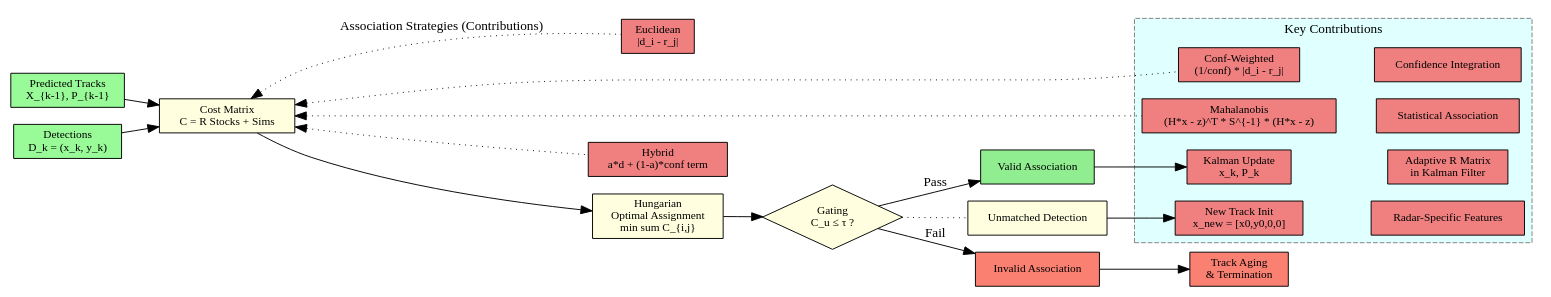
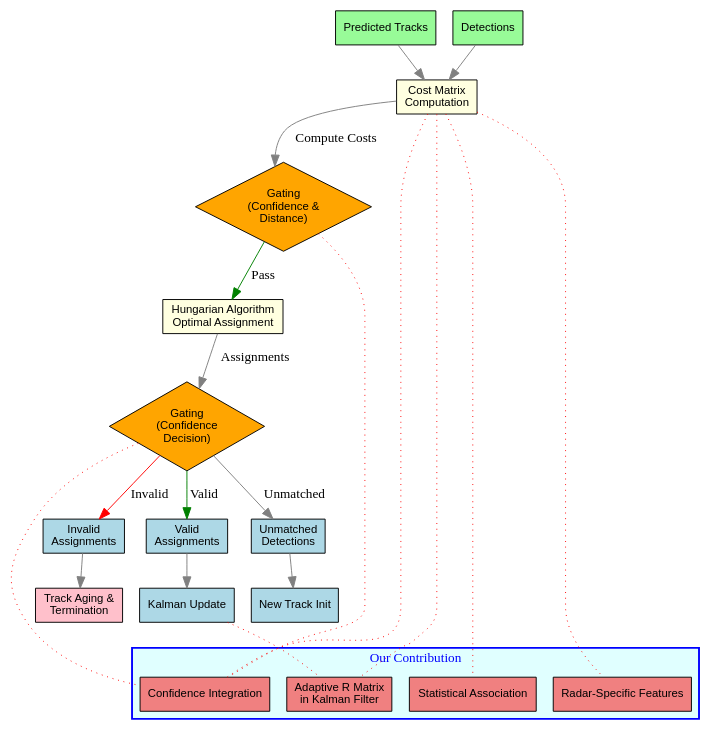
One commit to D-Idan/bev_radar changed the diagram in thesis_docs_code/RadarBOT_SORT_Algorithm.dot. Above: the diagram before and after it, drawn with Graphviz. The commit also changed 1 other file, not shown here.

Commit message:
refactor: Update RadarBOT_SORT algorithm diagram for clarity and consistency

```diff
--- a/thesis_docs_code/RadarBOT_SORT_Algorithm.dot
+++ b/thesis_docs_code/RadarBOT_SORT_Algorithm.dot
@@ -1,70 +1,69 @@
 digraph RadarBOT_SORT_Algorithm {
-    rankdir=LR;  // Left-to-right layout
-    node [shape=box, style=filled, fillcolor=lightblue, fontsize=12];
-    edge [arrowsize=1.2];
+    rankdir=TB;  // Top-to-bottom layout for narrower width
+    node [shape=box, style=filled, fillcolor=lightblue, fontsize=12, fontname="Arial"];
+    edge [arrowsize=1.2, color=gray];
 
     // Inputs
-    PredictedTracks [label="Predicted Tracks\nX_{k-1}, P_{k-1}", fillcolor=palegreen];
-    Detections [label="Detections\nD_k = (x_k, y_k)", fillcolor=palegreen];
+    PredictedTracks [label="Predicted Tracks", fillcolor=palegreen];
+    Detections [label="Detections", fillcolor=palegreen];
 
-    // Cost Matrix Calculation with Branches (Emphasize Contributions)
-    CostMatrix [label="Cost Matrix\nC = R Stocks + Sims", fillcolor=lightyellow];
+    // Cost Matrix After Inputs
+    CostMatrix [label="Cost Matrix\nComputation", fillcolor=lightyellow];
     
-    Euclidean [label="Euclidean\n|d_i - r_j|", fillcolor=lightcoral];  // Contribution: Basic, but extended
-    ConfWeighted [label="Conf-Weighted\n(1/conf) * |d_i - r_j|", fillcolor=lightcoral];  // Contribution: Confidence Integration
-    Mahalanobis [label="Mahalanobis\n(H*x - z)^T * S^{-1} * (H*x - z)", fillcolor=lightcoral];  // Contribution: Statistical Association
-    Hybrid [label="Hybrid\na*d + (1-a)*conf term", fillcolor=lightcoral];  // Contribution: Combining Confidence and Stats
+    // First Gating (Before Hungarian)
+    GatingPre [shape=diamond, label="Gating\n(Confidence &\nDistance)", fillcolor=orange, height=0.8, width=0.8];
 
-    // Connect branches to Cost Matrix
+    // Hungarian Assignment
+    Hungarian [label="Hungarian Algorithm\nOptimal Assignment", fillcolor=lightyellow];
+
+    // Second Gating (After Hungarian)
+    GatingPost [shape=diamond, label="Gating\n(Confidence\nDecision)", fillcolor=orange, height=0.8, width=0.8];
+
+    // Outcomes
+    Valid [label="Valid\nAssignments", fillcolor=lightblue];
+    KalmanUpdate [label="Kalman Update", fillcolor=lightblue];
+    Invalid [label="Invalid\nAssignments", fillcolor=lightblue];
+    TrackAging [label="Track Aging &\nTermination", fillcolor=pink];
+    Unmatched [label="Unmatched\nDetections", fillcolor=lightblue];
+    NewTrack [label="New Track Init", fillcolor=lightblue];
+
+    // Our Contribution Cluster (Single Box with Internal Blocks)
+    subgraph cluster_our_contribution {
+        label="Our Contribution";
+        style=filled;
+        fillcolor=lightcyan;
+        color=blue;
+        fontcolor=blue;
+        penwidth=2;
+
+        Confidence [label="Confidence Integration", fillcolor=lightcoral];
+        AdaptiveR [label="Adaptive R Matrix\nin Kalman Filter", fillcolor=lightcoral];
+        StatisticalAssociation [label="Statistical Association", fillcolor=lightcoral];
+        RadarFeatures [label="Radar-Specific Features", fillcolor=lightcoral];
+    }
+
+    // Updated Connections
+    {rank=same; PredictedTracks Detections};
     PredictedTracks -> CostMatrix;
     Detections -> CostMatrix;
-    CostMatrix -> Euclidean [dir=back, style=dotted, label="Association Strategies (Contributions)"];
-    CostMatrix -> ConfWeighted [dir=back, style=dotted];
-    CostMatrix -> Mahalanobis [dir=back, style=dotted];
-    CostMatrix -> Hybrid [dir=back, style=dotted];
+    CostMatrix -> GatingPre [label="Compute Costs"];
+    GatingPre -> Hungarian [label="Pass", color=green];
+    Hungarian -> GatingPost [label="Assignments"];
+    GatingPost -> Valid [label="Valid", color=green];
+    Valid -> KalmanUpdate;
+    GatingPost -> Invalid [label="Invalid", color=red];
+    Invalid -> TrackAging;
+    GatingPost -> Unmatched [label="Unmatched"];
+    Unmatched -> NewTrack;
 
-    // Hungarian Assignment
-    Hungarian [label="Hungarian\nOptimal Assignment\nmin sum C_{i,j}", fillcolor=lightyellow];
-    CostMatrix -> Hungarian;
+    // Attach Contributions to Process (Dotted Lines)
+    GatingPre -> Confidence [dir=none, style=dotted, color=red];
+    CostMatrix -> Confidence [dir=none, style=dotted, color=red];
+    GatingPost -> Confidence [dir=none, style=dotted, color=red];
+    CostMatrix -> StatisticalAssociation [dir=none, style=dotted, color=red];
+    KalmanUpdate -> AdaptiveR [dir=none, style=dotted, color=red];
+    CostMatrix -> AdaptiveR [dir=none, style=dotted, color=red];
+    CostMatrix -> RadarFeatures [dir=none, style=dotted, color=red];
 
-    // Gating Decision
-    Gating [label="Gating\nC_u ≤ τ ?", shape=diamond, fillcolor=lightyellow];
-    Hungarian -> Gating;
-
-    // Pass Branch
-    ValidAssoc [label="Valid Association", fillcolor=lightgreen];
-    KalmanUpdate [label="Kalman Update\nx_k, P_k", fillcolor=lightcoral];  // Contribution: Adaptive R Matrix
-    Gating -> ValidAssoc [label="Pass"];
-    ValidAssoc -> KalmanUpdate;
-
-    // Fail Branch
-    InvalidAssoc [label="Invalid Association", fillcolor=salmon];
-    TrackAging [label="Track Aging\n& Termination", fillcolor=salmon];
-    Gating -> InvalidAssoc [label="Fail"];
-    InvalidAssoc -> TrackAging;
-
-    // Unmatched Detections
-    UnmatchedDet [label="Unmatched Detection", fillcolor=lightyellow];
-    NewTrack [label="New Track Init\nx_new = [x0,y0,0,0]", fillcolor=lightcoral];  // Contribution: Radar-Specific Features
-    Gating -> UnmatchedDet [dir=none, style=dotted];  // Implicit branch
-    UnmatchedDet -> NewTrack;
-
-    // Cluster for Contributions
-    subgraph cluster_contributions {
-        label="Key Contributions";
-        style=dashed;
-        color=gray;
-        bgcolor=lightcyan;
-        
-        Confidence [label="Confidence Integration", fillcolor=lightcoral];
-        AdaptiveR [label="Adaptive R Matrix\nin Kalman Filter", fillcolor=lightcoral];
-        RadarFeatures [label="Radar-Specific Features", fillcolor=lightcoral];
-        StatisticalAssociation [label="Statistical Association", fillcolor=lightcoral];
-        
-        // Invisible connections to position
-        ConfWeighted -> Confidence [style=invis];
-        Mahalanobis -> StatisticalAssociation [style=invis];
-        KalmanUpdate -> AdaptiveR [style=invis];
-        NewTrack -> RadarFeatures [style=invis];
-    }
+    {rank=same; Valid Invalid Unmatched};
 }
```
